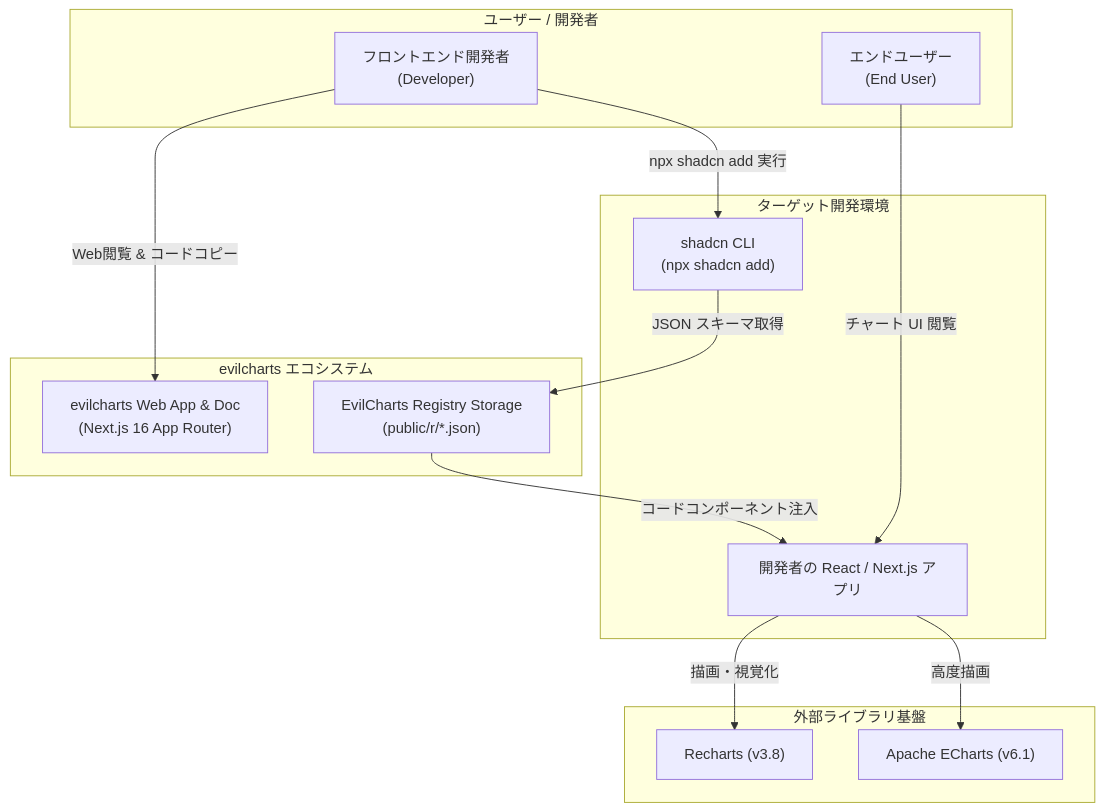
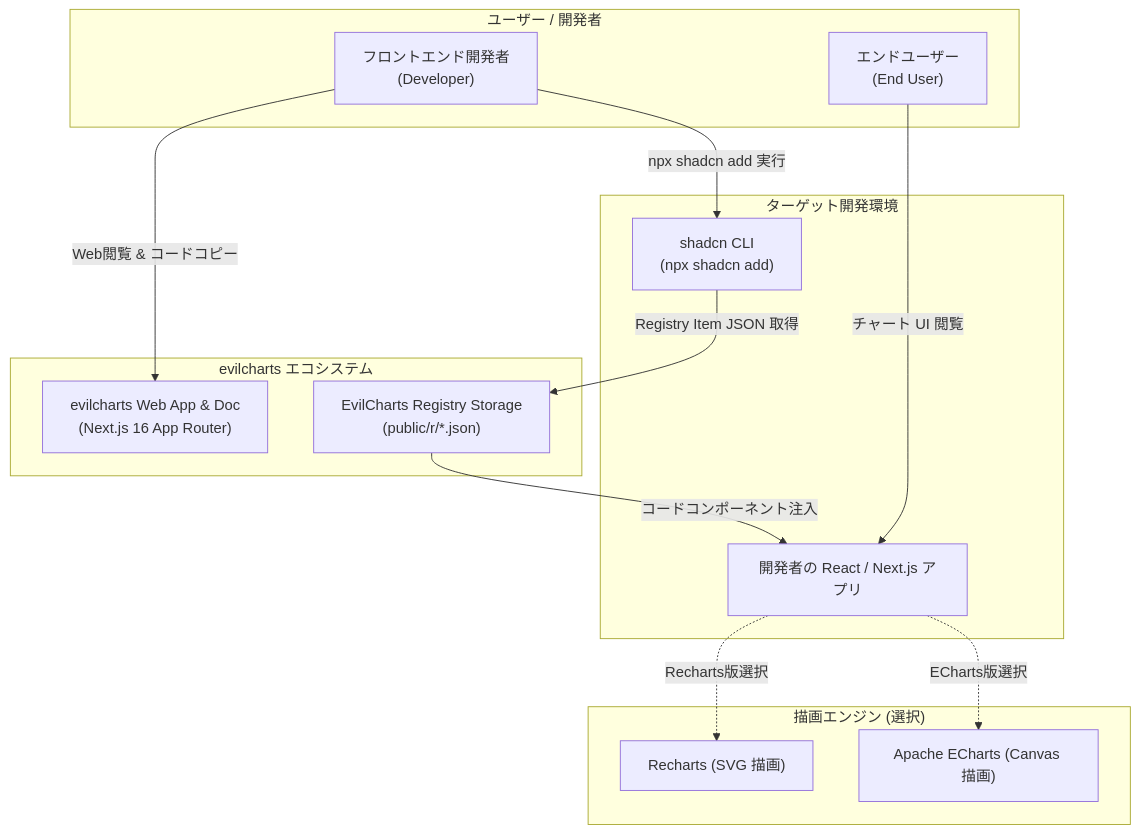
One commit to suwa-sh/zenn-contents changed the first of 3 diagrams in articles/evilcharts_20260729.md. Above: the diagram before and after it, drawn with Mermaid. The commit also changed other lines of this file, not shown here.

````diff
--- a/articles/evilcharts_20260729.md
+++ b/articles/evilcharts_20260729.md
@@ -40,30 +40,30 @@
 ```mermaid
 graph TD
     subgraph Users["ユーザー / 開発者"]
         Developer["フロントエンド開発者<br/>(Developer)"]
         EndUser["エンドユーザー<br/>(End User)"]
     end
 
     subgraph EvilChartsEco["evilcharts エコシステム"]
         EvilWeb["evilcharts Web App & Doc<br/>(Next.js 16 App Router)"]
         RegistryAPI["EvilCharts Registry Storage<br/>(public/r/*.json)"]
     end
 
     subgraph ClientEnv["ターゲット開発環境"]
         ShadcnCLI["shadcn CLI<br/>(npx shadcn add)"]
         TargetApp["開発者の React / Next.js アプリ"]
     end
 
-    subgraph ExternalLibs["外部ライブラリ基盤"]
-        RechartsEngine["Recharts (v3.8)"]
-        EChartsEngine["Apache ECharts (v6.1)"]
+    subgraph ExternalLibs["描画エンジン (選択)"]
+        RechartsEngine["Recharts (SVG 描画)"]
+        EChartsEngine["Apache ECharts (Canvas 描画)"]
     end
 
     Developer -->|Web閲覧 & コードコピー| EvilWeb
     Developer -->|npx shadcn add 実行| ShadcnCLI
-    ShadcnCLI -->|JSON スキーマ取得| RegistryAPI
+    ShadcnCLI -->|Registry Item JSON 取得| RegistryAPI
     RegistryAPI -->|コードコンポーネント注入| TargetApp
-    TargetApp -->|描画・視覚化| RechartsEngine
-    TargetApp -->|高度描画| EChartsEngine
+    TargetApp -.->|Recharts版選択| RechartsEngine
+    TargetApp -.->|ECharts版選択| EChartsEngine
     EndUser -->|チャート UI 閲覧| TargetApp
 ```
````
